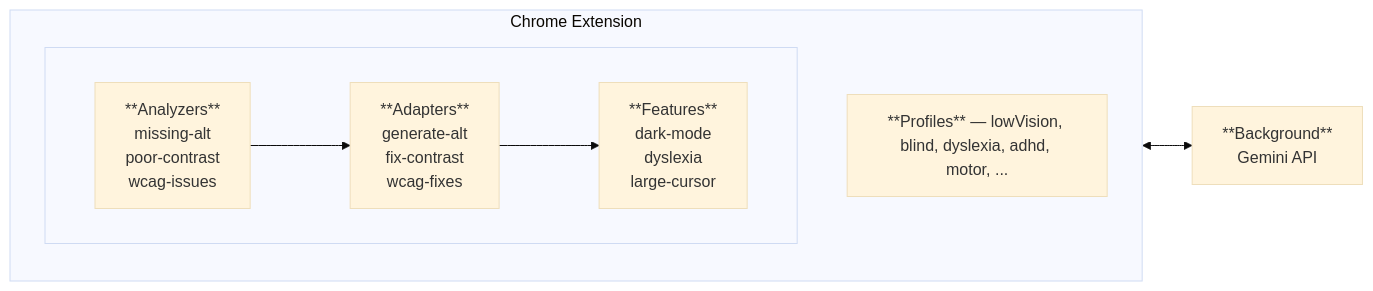
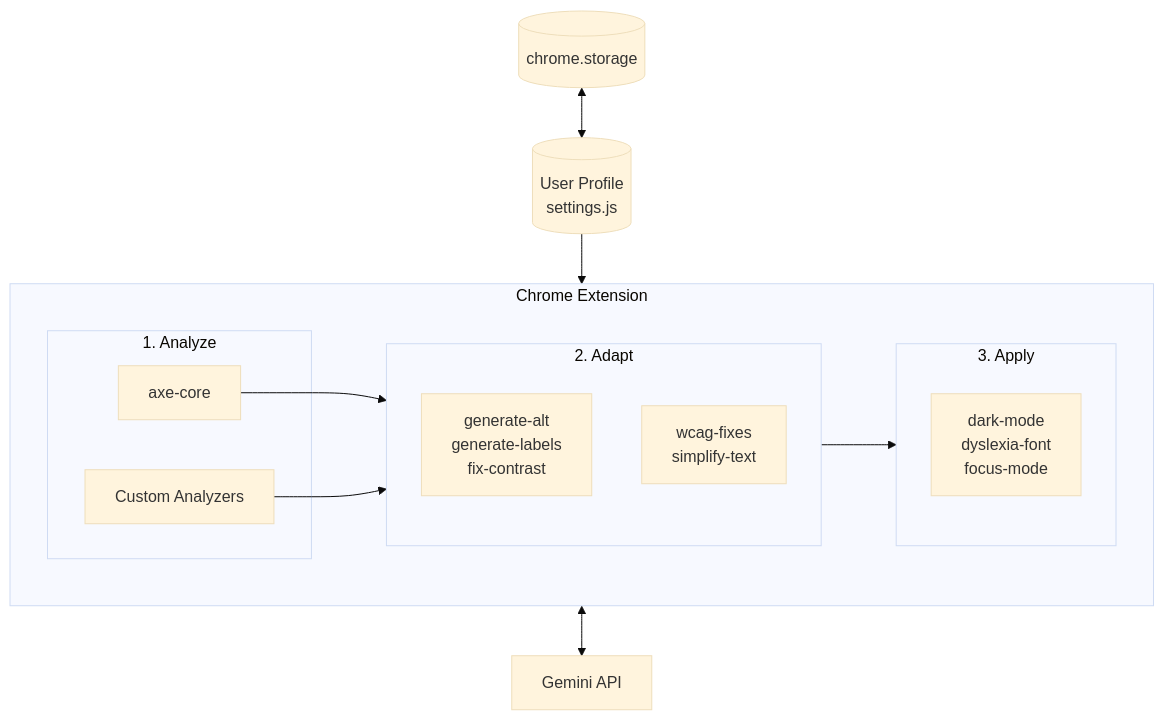
One commit to AI-for-Accessibility-Collective/AI-for-Accessibility-Toolkit changed the diagram in README.md. Above: the diagram before and after it, drawn with Mermaid (base theme). The commit also changed other lines of this file and 1 other file, not shown here.

Commit message:
Fix Mermaid diagrams and update team info from Agent Cards

````diff
--- a/README.md
+++ b/README.md
@@ -189,18 +189,31 @@
 ```mermaid
-flowchart LR
-    subgraph Extension["Chrome Extension"]
-        direction TB
-        subgraph Top[" "]
-            direction LR
-            Analyzers["**Analyzers**<br/>missing-alt<br/>poor-contrast<br/>wcag-issues"]
-            Adapters["**Adapters**<br/>generate-alt<br/>fix-contrast<br/>wcag-fixes"]
-            Features["**Features**<br/>dark-mode<br/>dyslexia<br/>large-cursor"]
+flowchart TB
+    subgraph Extension[Chrome Extension]
+        direction LR
+        
+        subgraph Analyze[1. Analyze]
+            axe[axe-core]
+            custom[Custom Analyzers]
         end
-        Profiles["**Profiles** — lowVision, blind, dyslexia, adhd, motor, ..."]
+        
+        subgraph Adapt[2. Adapt]
+            gen[generate-alt<br/>generate-labels<br/>fix-contrast]
+            wcag[wcag-fixes<br/>simplify-text]
+        end
+        
+        subgraph Apply[3. Apply]
+            feat[dark-mode<br/>dyslexia-font<br/>focus-mode]
+        end
     end
     
-    Background["**Background**<br/>Gemini API"]
+    Profile[(User Profile<br/>settings.js)]
+    Storage[(chrome.storage)]
+    Gemini[Gemini API]
     
-    Analyzers --> Adapters --> Features
-    Adapters <--> Background
+    axe --> Adapt
+    custom --> Adapt
+    Adapt --> Apply
+    Profile --> Apply
+    Storage <--> Profile
+    Adapt <--> Gemini
 ```
````
